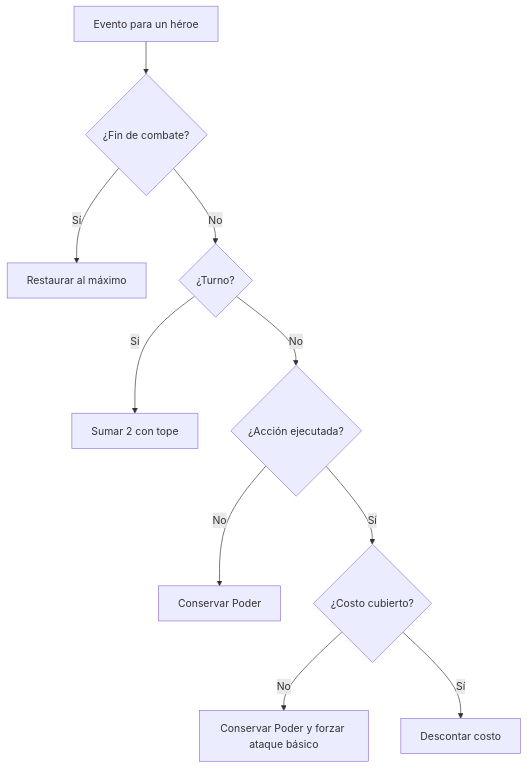
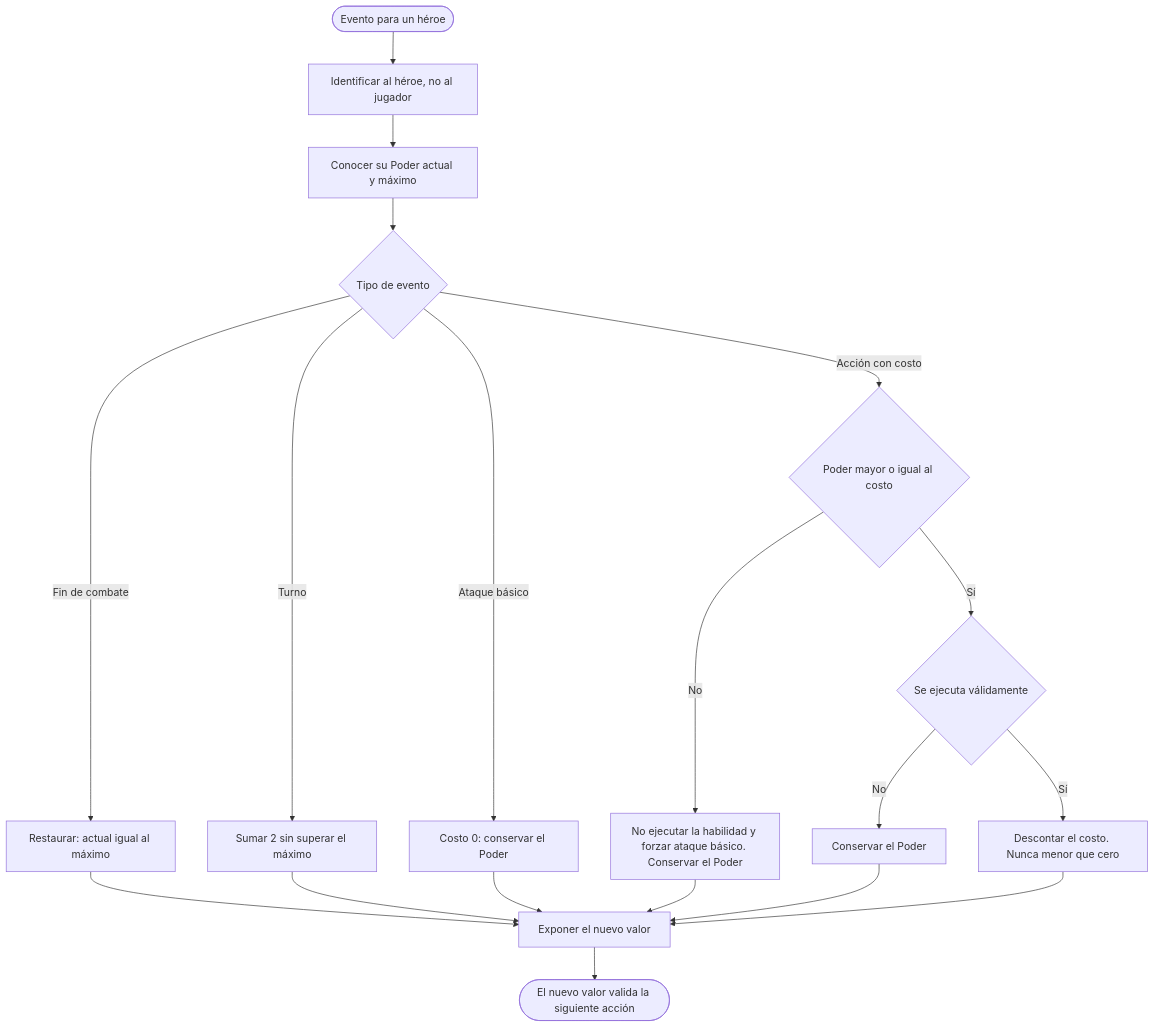
The first of 3 diagrams in docs/hu-11-power.md (Nexus-Battle-VI/Nexus-Battle-Player-Inventory), drawn with Mermaid before and after one commit. The commit also changed other lines of this file, not shown here.

First line of the commit message:
docs(player-inventory): [HU-11] completar la especificación de diseño del Poder

````diff
--- a/docs/hu-11-power.md
+++ b/docs/hu-11-power.md
@@ -118,12 +151,21 @@
 ```mermaid
 flowchart TD
-  A[Evento para un héroe] --> B{¿Fin de combate?}
-  B -- Sí --> C[Restaurar al máximo]
-  B -- No --> D{¿Turno?}
-  D -- Sí --> E[Sumar 2 con tope]
-  D -- No --> F{¿Acción ejecutada?}
-  F -- No --> G[Conservar Poder]
-  F -- Sí --> H{¿Costo cubierto?}
-  H -- No --> I[Conservar Poder y forzar ataque básico]
-  H -- Sí --> J[Descontar costo]
+  A([Evento para un héroe]) --> B[Identificar al héroe, no al jugador]
+  B --> C[Conocer su Poder actual y máximo]
+  C --> D{Tipo de evento}
+  D -->|Fin de combate| E[Restaurar: actual igual al máximo]
+  D -->|Turno| F[Sumar 2 sin superar el máximo]
+  D -->|Ataque básico| G[Costo 0: conservar el Poder]
+  D -->|Acción con costo| H{Poder mayor o igual al costo}
+  H -->|No| I[No ejecutar la habilidad y forzar ataque básico. Conservar el Poder]
+  H -->|Sí| J{Se ejecuta válidamente}
+  J -->|No| K[Conservar el Poder]
+  J -->|Sí| L[Descontar el costo. Nunca menor que cero]
+  E --> M[Exponer el nuevo valor]
+  F --> M
+  G --> M
+  I --> M
+  K --> M
+  L --> M
+  M --> N([El nuevo valor valida la siguiente acción])
 ```
````
